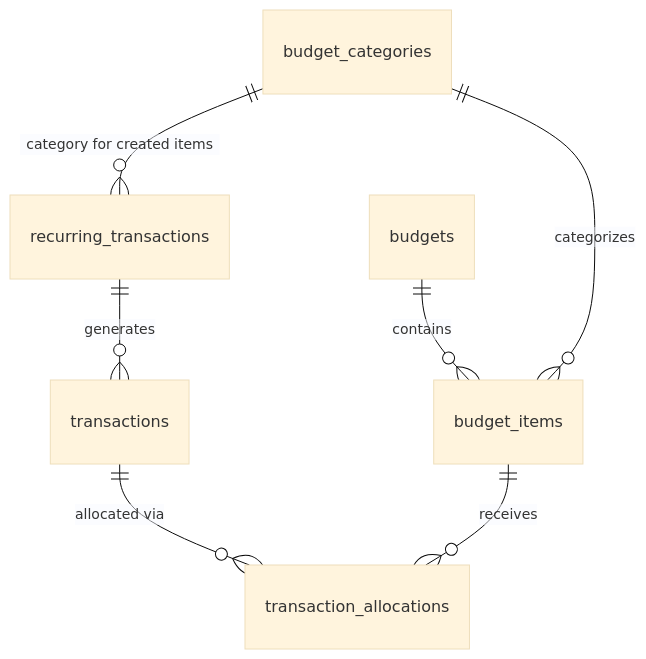
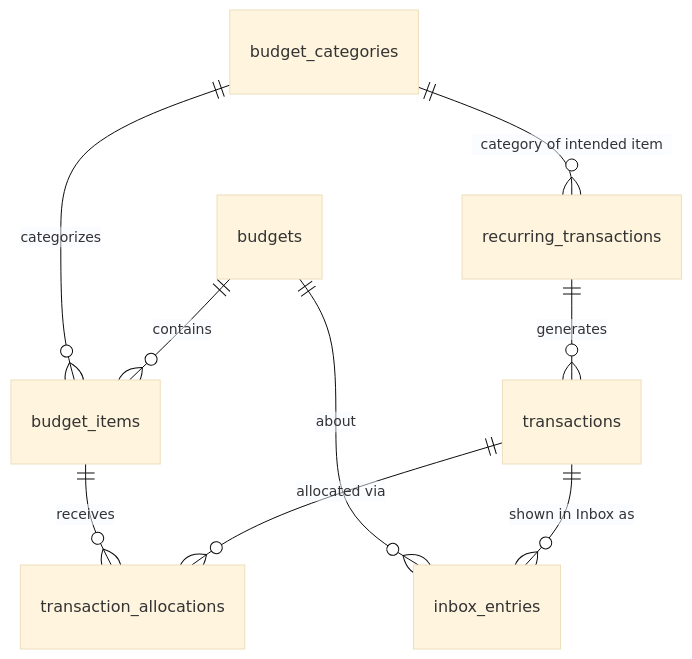
The diagram in docs/db/finance.md (connor-ruff/disci), drawn with Mermaid (base theme) before and after one commit. The commit also changed other lines of this file and 38 other files, not shown here.

````diff
--- a/docs/db/finance.md
+++ b/docs/db/finance.md
@@ -54,9 +54,11 @@
 ```mermaid
 erDiagram
     budgets ||--o{ budget_items : contains
     budget_categories ||--o{ budget_items : categorizes
-    budget_categories ||--o{ recurring_transactions : "category for created items"
+    budget_categories ||--o{ recurring_transactions : "category of intended item"
     recurring_transactions ||--o{ transactions : generates
     transactions ||--o{ transaction_allocations : "allocated via"
     budget_items ||--o{ transaction_allocations : "receives"
+    transactions ||--o{ inbox_entries : "shown in Inbox as"
+    budgets ||--o{ inbox_entries : "about"
 ```
````
